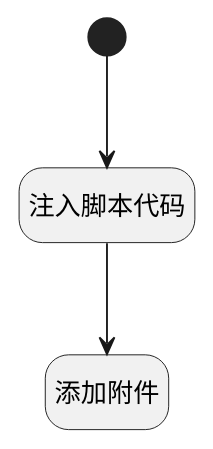
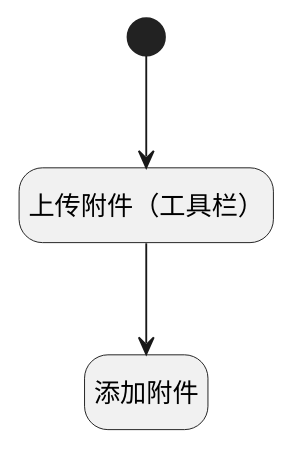
Before and after one commit to iBizLab/plm: the diagram in doc/docsify/module/ProdMgmt/idea/uilogic/toolbar_add_attachment.md, drawn with PlantUML. The commit also changed other lines of this file and 1778 other files, not shown here.

````diff
--- a/doc/docsify/module/ProdMgmt/idea/uilogic/toolbar_add_attachment.md
+++ b/doc/docsify/module/ProdMgmt/idea/uilogic/toolbar_add_attachment.md
@@ -7,21 +7,21 @@
 ```plantuml
 @startuml
 hide footbox
 <style>
 root {
   HyperlinkColor #42b983
 }
 </style>
 
 hide empty description
 state "开始" as Begin <<start>> [[$./toolbar_add_attachment#begin {开始}]]
+state "上传附件（工具栏）" as RAWJSCODE1  [[$./toolbar_add_attachment#rawjscode1 {上传附件（工具栏）}]]
 state "添加附件" as DEUIACTION1  [[$./toolbar_add_attachment#deuiaction1 {添加附件}]]
-state "注入脚本代码" as RAWJSCODE1  [[$./toolbar_add_attachment#rawjscode1 {注入脚本代码}]]
 
 
 Begin --> RAWJSCODE1
 RAWJSCODE1 --> DEUIACTION1
 
 
 @enduml
 ```
````
